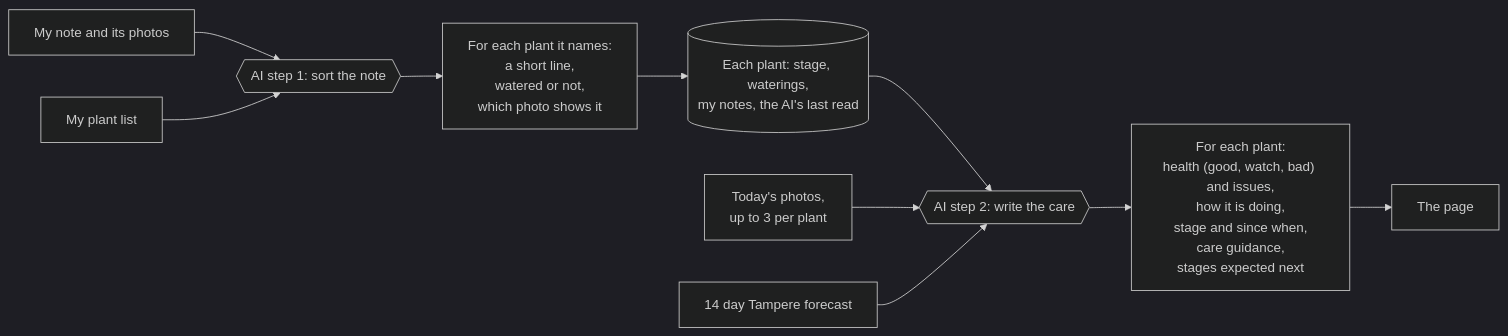
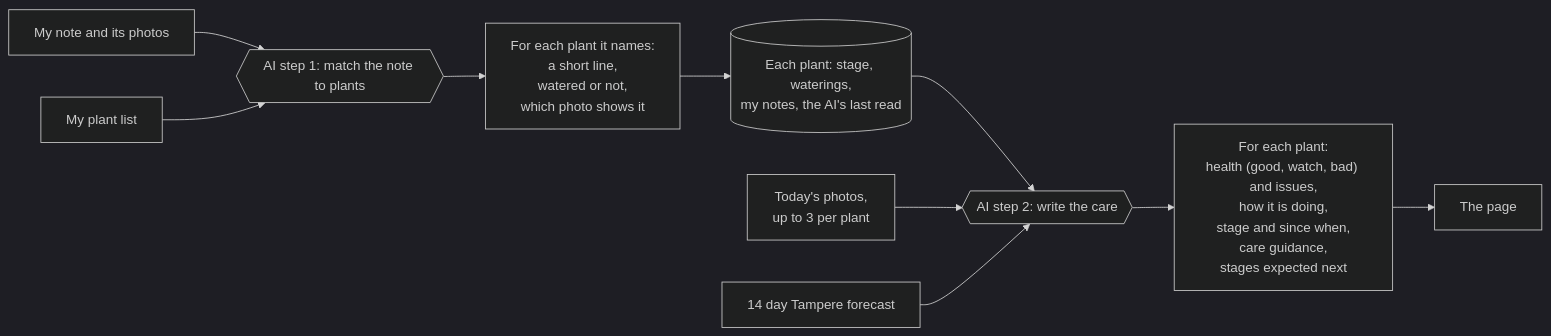
Before and after one commit to dara-nn/balcony-garden: the diagram in README.md, drawn with Mermaid (dark theme). The commit also changed other lines of this file, not shown here.

Commit message:
Clearer wording for the first AI step

````diff
--- a/README.md
+++ b/README.md
@@ -33,12 +33,12 @@
 ```mermaid
 flowchart LR
-  note["My note and its photos"] --> sort{{"AI step 1: sort the note"}}
+  note["My note and its photos"] --> sort{{"AI step 1: match the note to plants"}}
   list["My plant list"] --> sort
   sort --> filed["For each plant it names:<br/>a short line,<br/>watered or not,<br/>which photo shows it"]
   filed --> status[("Each plant: stage, waterings,<br/>my notes, the AI's last read")]
   status --> care{{"AI step 2: write the care"}}
   photos["Today's photos,<br/>up to 3 per plant"] --> care
   weather["14 day Tampere forecast"] --> care
   care --> out["For each plant:<br/>health (good, watch, bad) and issues,<br/>how it is doing,<br/>stage and since when,<br/>care guidance,<br/>stages expected next"]
   out --> page["The page"]
 ```
````
